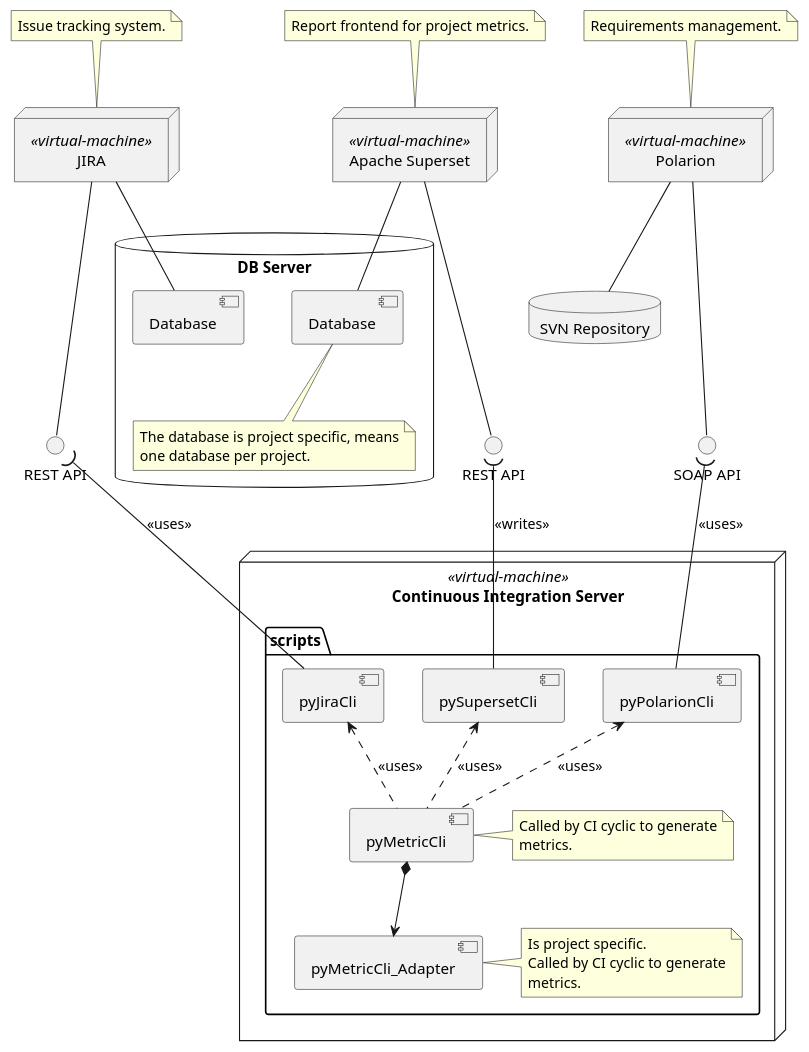
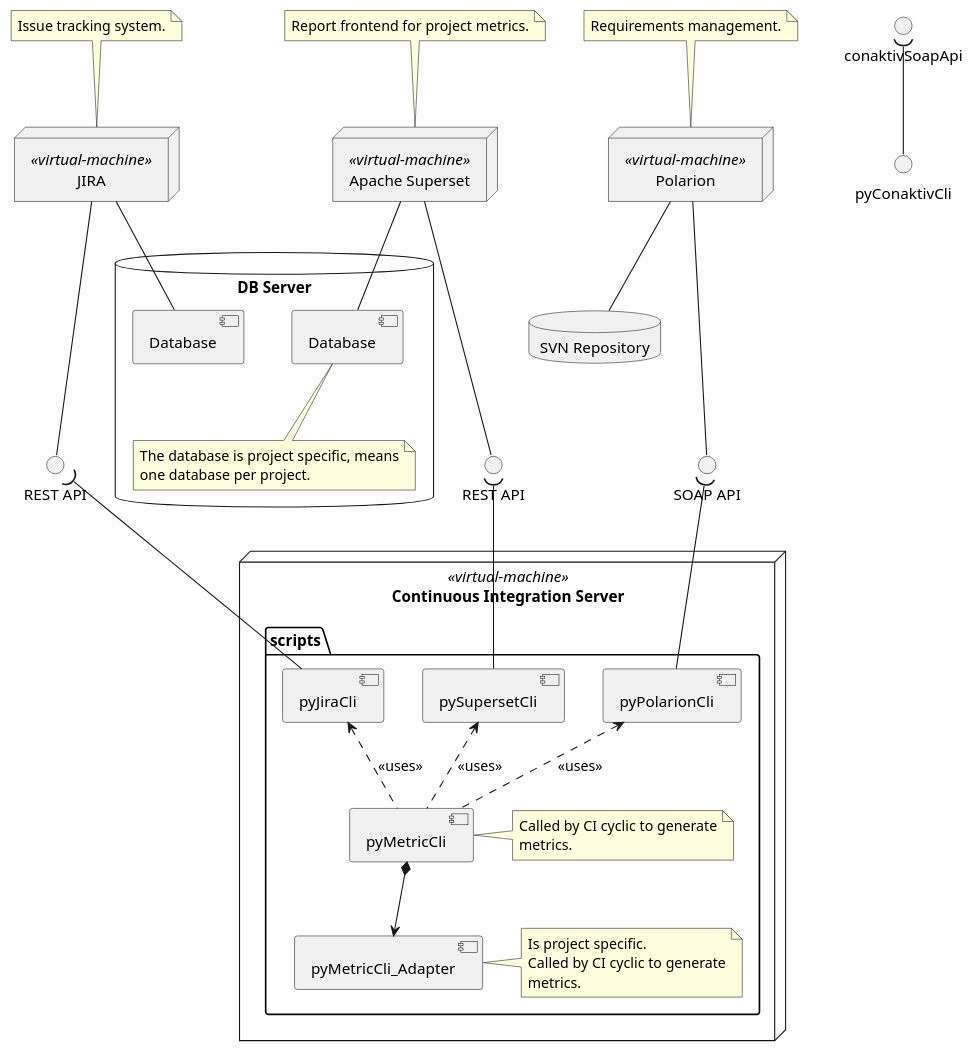
Before and after one commit to NewTec-GmbH/pyMetricCli: the diagram in doc/uml/deployment.puml, drawn with PlantUML.

Commit message:
Fixed UML stereotypes

```diff
--- a/doc/uml/deployment.puml
+++ b/doc/uml/deployment.puml
@@ -1,78 +1,80 @@
 @startuml DeploymentDiagram
 
 node "Apache Superset"<<virtual-machine>> as superset
 
 database "DB Server" {
     component "Database" as supersetDb
 
     note bottom of supersetDb
         The database is project specific, means
         one database per project.
     end note
 
     component "Database" as jiraDb
 }
 
 node "Polarion"<<virtual-machine>> as polarion
 database "SVN Repository" as svnRepo
 
 node "JIRA"<<virtual-machine>> as jira
 
 interface "REST API" as supersetRestApi
 interface "REST API" as jiraRestApi
 interface "SOAP API" as polarionSoapApi
 
 superset --- supersetRestApi
 jira --- jiraRestApi
 jira -- jiraDb
 polarion --- polarionSoapApi
 polarion -- svnRepo
 
 superset -- supersetDb
 
 node "Continuous Integration Server"<<virtual-machine>> {
 
     package "scripts" {
         component "pyJiraCli" as pyJiraCli
         component "pyPolarionCli" as pyPolarionCli
         component "pySupersetCli" as pySupersetCli
         component "pyMetricCli" as pyMetricCli
         component "pyMetricCli_Adapter" as adapter
 
         pyJiraCli <.. pyMetricCli: <<uses>>
         pyPolarionCli <.. pyMetricCli: <<uses>>
         pySupersetCli <.. pyMetricCli: <<uses>>
         pyMetricCli *--> adapter
 
         note right of pyMetricCli
             Called by CI cyclic to generate
             metrics.
         end note
 
         note right of adapter
             Is project specific.
             Called by CI cyclic to generate
             metrics.
         end note
     }
 }
 
-jiraRestApi )-- pyJiraCli: <<uses>>
-polarionSoapApi )-- pyPolarionCli: <<uses>>
+jiraRestApi )-- pyJiraCli
+polarionSoapApi )-- pyPolarionCli
 
-supersetRestApi )-- pySupersetCli: <<writes>>
+supersetRestApi )-- pySupersetCli
+
+conaktivSoapApi )-- pyConaktivCli
 
 note top of superset
     Report frontend for project metrics.
 end note
 
 note top of jira
     Issue tracking system.
 end note
 
 note top of polarion
     Requirements management.
 end note
 
 
 @enduml
```
